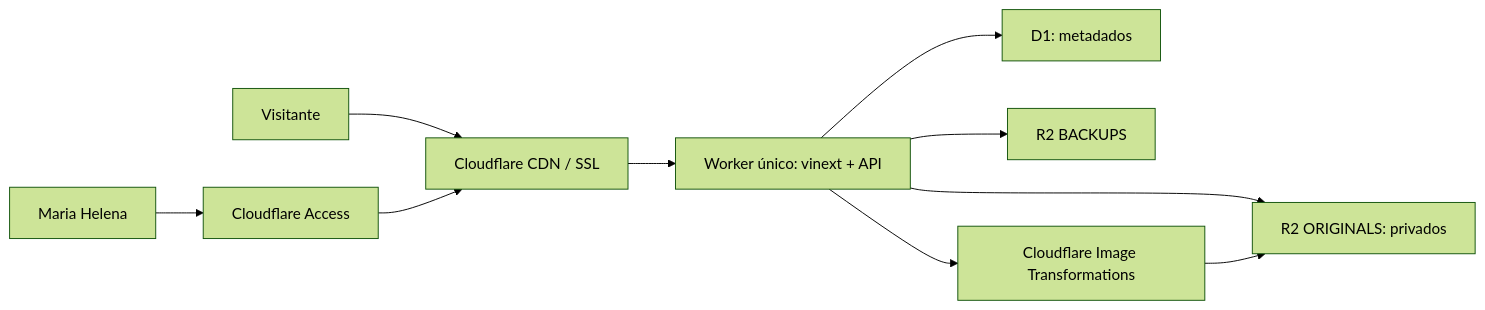
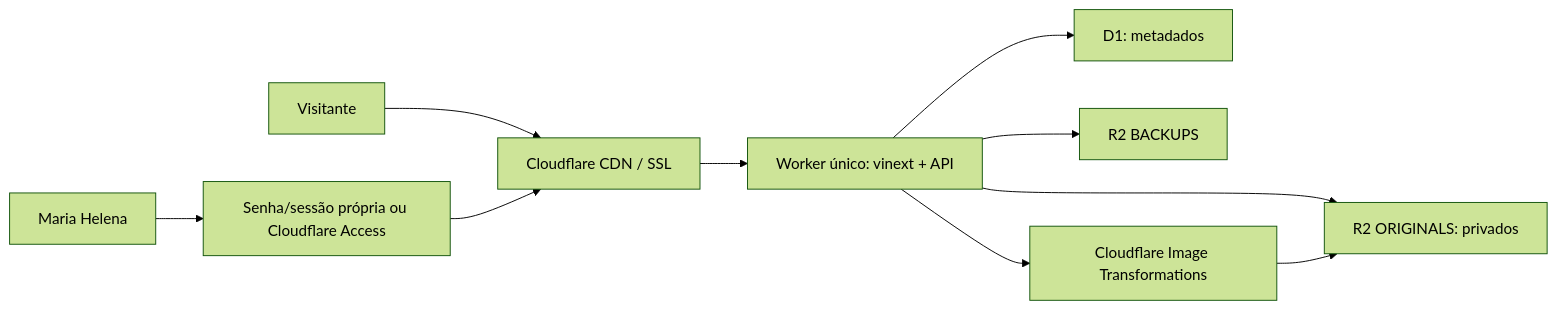
One commit to menezesx2k26-byte/Punctum-Picture changed the diagram in docs/architecture.md. Above: the diagram before and after it, drawn with Mermaid (forest theme). The commit also changed other lines of this file and 398 other files, not shown here.

````diff
--- a/docs/architecture.md
+++ b/docs/architecture.md
@@ -5,12 +5,12 @@
 ```mermaid
 flowchart LR
   U["Visitante"] --> E["Cloudflare CDN / SSL"]
-  M["Maria Helena"] --> A["Cloudflare Access"]
+  M["Maria Helena"] --> A["Senha/sessão própria ou Cloudflare Access"]
   A --> E
   E --> W["Worker único: vinext + API"]
   W --> D["D1: metadados"]
   W --> R["R2 ORIGINALS: privados"]
   W --> B["R2 BACKUPS"]
   W --> I["Cloudflare Image Transformations"]
   I --> R
 ```
````
